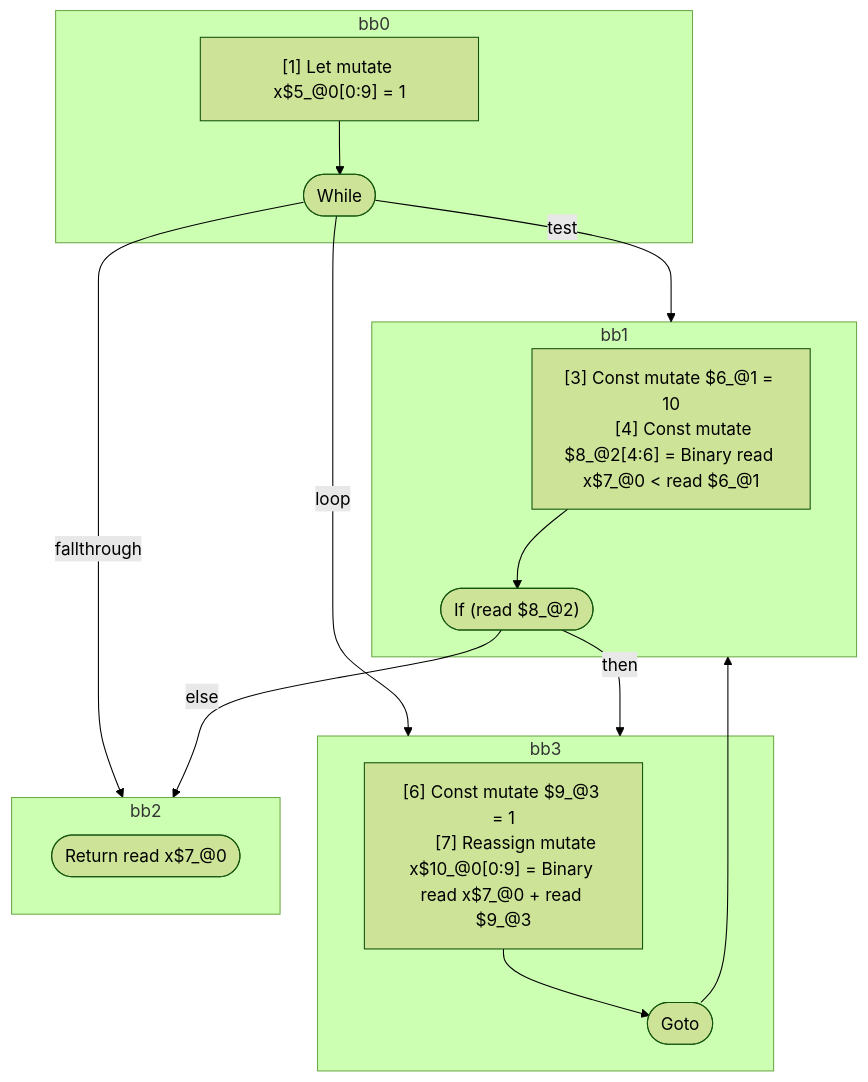
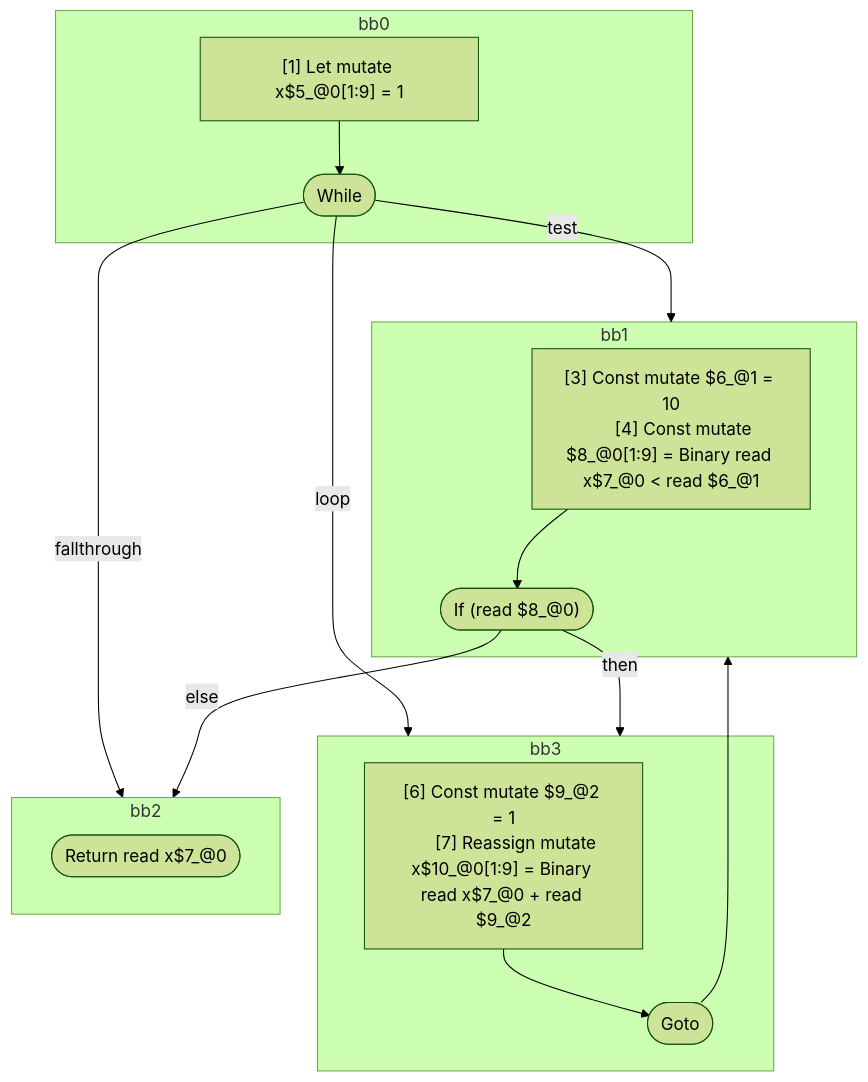
Before and after one commit to wutsmog/private: the diagram in compiler/forget/src/__tests__/fixtures/hir/ssa-while.expect.md, drawn with Mermaid (forest theme). The commit also changed other lines of this file and 27 other files, not shown here.

````diff
--- a/compiler/forget/src/__tests__/fixtures/hir/ssa-while.expect.md
+++ b/compiler/forget/src/__tests__/fixtures/hir/ssa-while.expect.md
@@ -42,36 +41,36 @@
 ```mermaid
 flowchart TB
   %% Basic Blocks
   subgraph bb0
     bb0_instrs["
-      [1] Let mutate x$5_@0[0:9] = 1
+      [1] Let mutate x$5_@0[1:9] = 1
     "]
     bb0_instrs --> bb0_terminal(["While"])
   end
   subgraph bb1
     bb1_instrs["
       [3] Const mutate $6_@1 = 10
-      [4] Const mutate $8_@2[4:6] = Binary read x$7_@0 < read $6_@1
+      [4] Const mutate $8_@0[1:9] = Binary read x$7_@0 < read $6_@1
     "]
-    bb1_instrs --> bb1_terminal(["If (read $8_@2)"])
+    bb1_instrs --> bb1_terminal(["If (read $8_@0)"])
   end
   subgraph bb3
     bb3_instrs["
-      [6] Const mutate $9_@3 = 1
-      [7] Reassign mutate x$10_@0[0:9] = Binary read x$7_@0 + read $9_@3
+      [6] Const mutate $9_@2 = 1
+      [7] Reassign mutate x$10_@0[1:9] = Binary read x$7_@0 + read $9_@2
     "]
     bb3_instrs --> bb3_terminal(["Goto"])
   end
   subgraph bb2
     bb2_terminal(["Return read x$7_@0"])
   end
 
   %% Jumps
   bb0_terminal -- "test" --> bb1
   bb0_terminal -- "loop" --> bb3
   bb0_terminal -- "fallthrough" --> bb2
   bb1_terminal -- "then" --> bb3
   bb1_terminal -- "else" --> bb2
   bb3_terminal --> bb1
 
 ```
````
